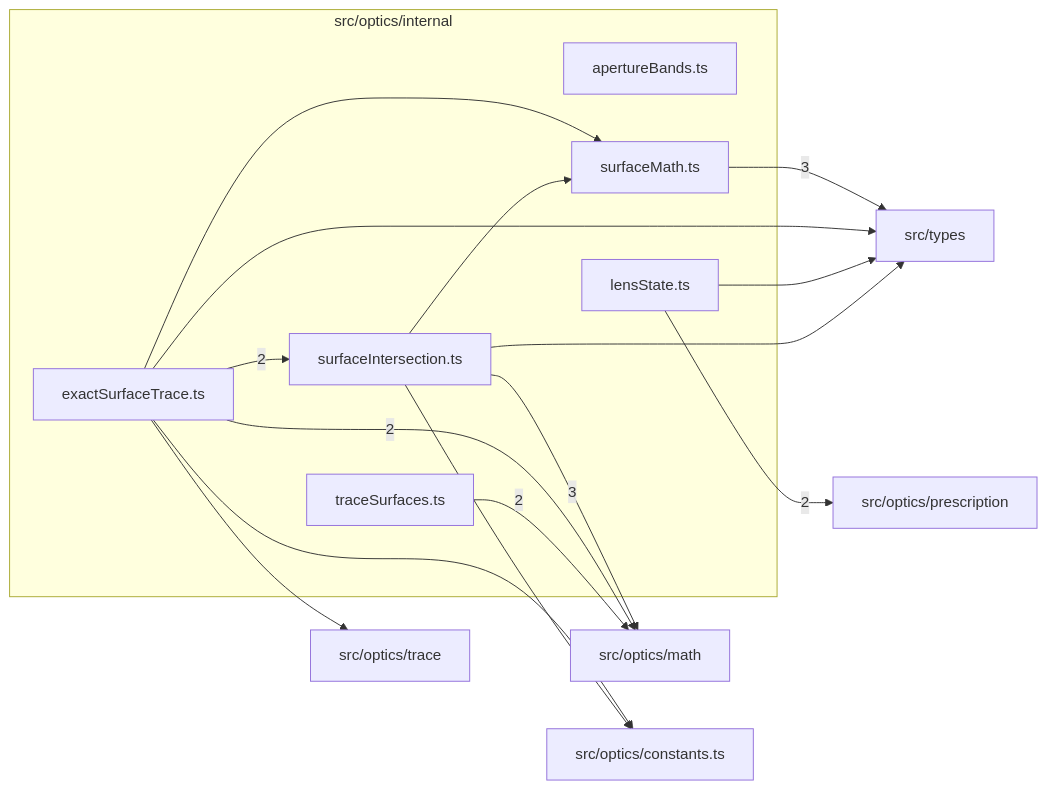
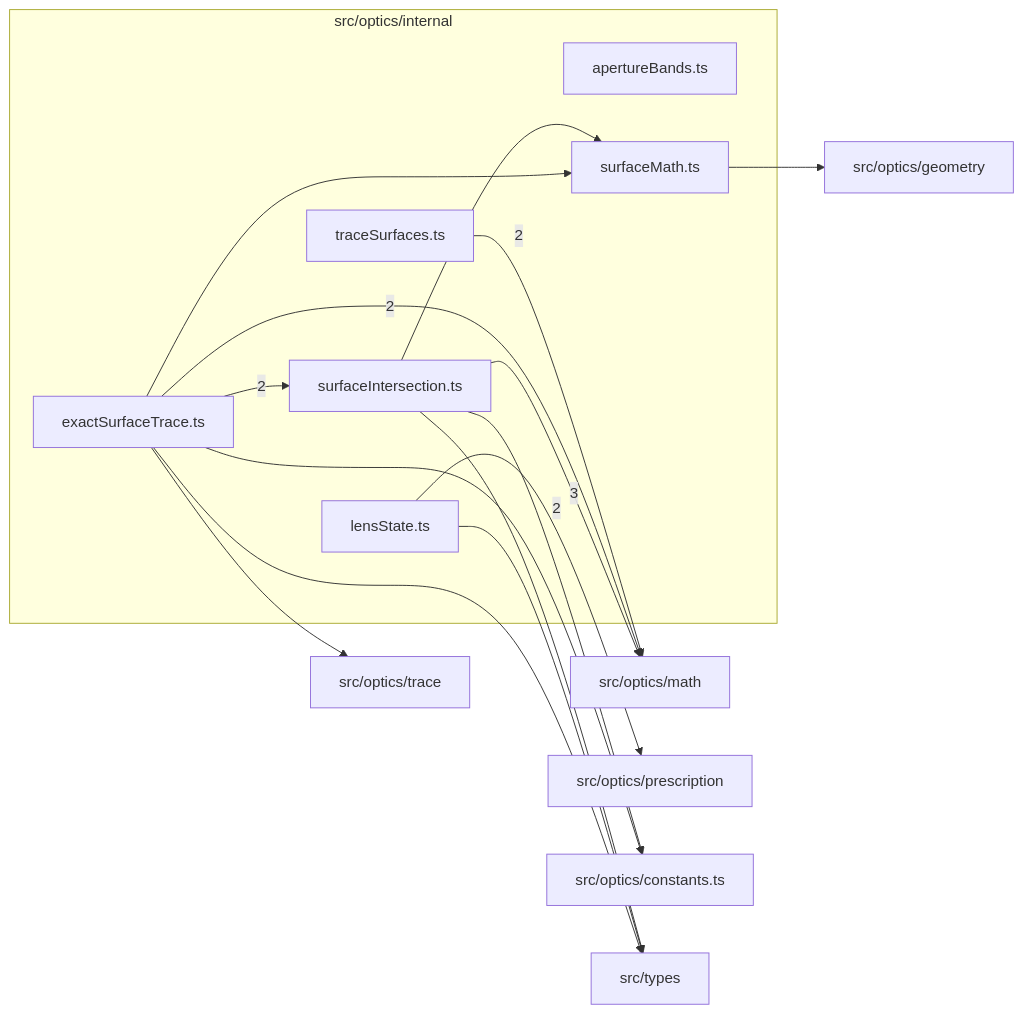
The diagram in src/optics/internal/readme.md (ronbuening/LensVisualizer), drawn with Mermaid before and after one commit. The commit also changed other lines of this file and 25 other files, not shown here.

First line of the commit message:
S3.P1.T1 Add the surface-geometry module with fused Horner sag and slope

````diff
--- a/src/optics/internal/readme.md
+++ b/src/optics/internal/readme.md
@@ -9,30 +9,31 @@
 ```mermaid
 flowchart LR
   subgraph n_src_optics_internal["src/optics/internal"]
     n_src_optics_internal_src_optics_internal_apertureBands_ts["apertureBands.ts"]
     n_src_optics_internal_src_optics_internal_exactSurfaceTrace_ts["exactSurfaceTrace.ts"]
     n_src_optics_internal_src_optics_internal_lensState_ts["lensState.ts"]
     n_src_optics_internal_src_optics_internal_surfaceIntersection_ts["surfaceIntersection.ts"]
     n_src_optics_internal_src_optics_internal_surfaceMath_ts["surfaceMath.ts"]
     n_src_optics_internal_src_optics_internal_traceSurfaces_ts["traceSurfaces.ts"]
   end
   n_external_src_optics_math["src/optics/math"]
-  n_external_src_types["src/types"]
   n_external_src_optics_prescription["src/optics/prescription"]
   n_external_src_optics_constants_ts["src/optics/constants.ts"]
+  n_external_src_optics_geometry["src/optics/geometry"]
   n_external_src_optics_trace["src/optics/trace"]
+  n_external_src_types["src/types"]
   n_src_optics_internal_src_optics_internal_surfaceIntersection_ts --> |3| n_external_src_optics_math
-  n_src_optics_internal_src_optics_internal_surfaceMath_ts --> |3| n_external_src_types
   n_src_optics_internal_src_optics_internal_exactSurfaceTrace_ts --> |2| n_external_src_optics_math
   n_src_optics_internal_src_optics_internal_traceSurfaces_ts --> |2| n_external_src_optics_math
   n_src_optics_internal_src_optics_internal_lensState_ts --> |2| n_external_src_optics_prescription
   n_src_optics_internal_src_optics_internal_exactSurfaceTrace_ts --> |2| n_src_optics_internal_src_optics_internal_surfaceIntersection_ts
   n_src_optics_internal_src_optics_internal_exactSurfaceTrace_ts --> n_external_src_optics_constants_ts
   n_src_optics_internal_src_optics_internal_surfaceIntersection_ts --> n_external_src_optics_constants_ts
+  n_src_optics_internal_src_optics_internal_surfaceMath_ts --> n_external_src_optics_geometry
   n_src_optics_internal_src_optics_internal_exactSurfaceTrace_ts --> n_external_src_optics_trace
   n_src_optics_internal_src_optics_internal_exactSurfaceTrace_ts --> n_external_src_types
   n_src_optics_internal_src_optics_internal_lensState_ts --> n_external_src_types
   n_src_optics_internal_src_optics_internal_surfaceIntersection_ts --> n_external_src_types
   n_src_optics_internal_src_optics_internal_exactSurfaceTrace_ts --> n_src_optics_internal_src_optics_internal_surfaceMath_ts
   n_src_optics_internal_src_optics_internal_surfaceIntersection_ts --> n_src_optics_internal_src_optics_internal_surfaceMath_ts
 ```
````
